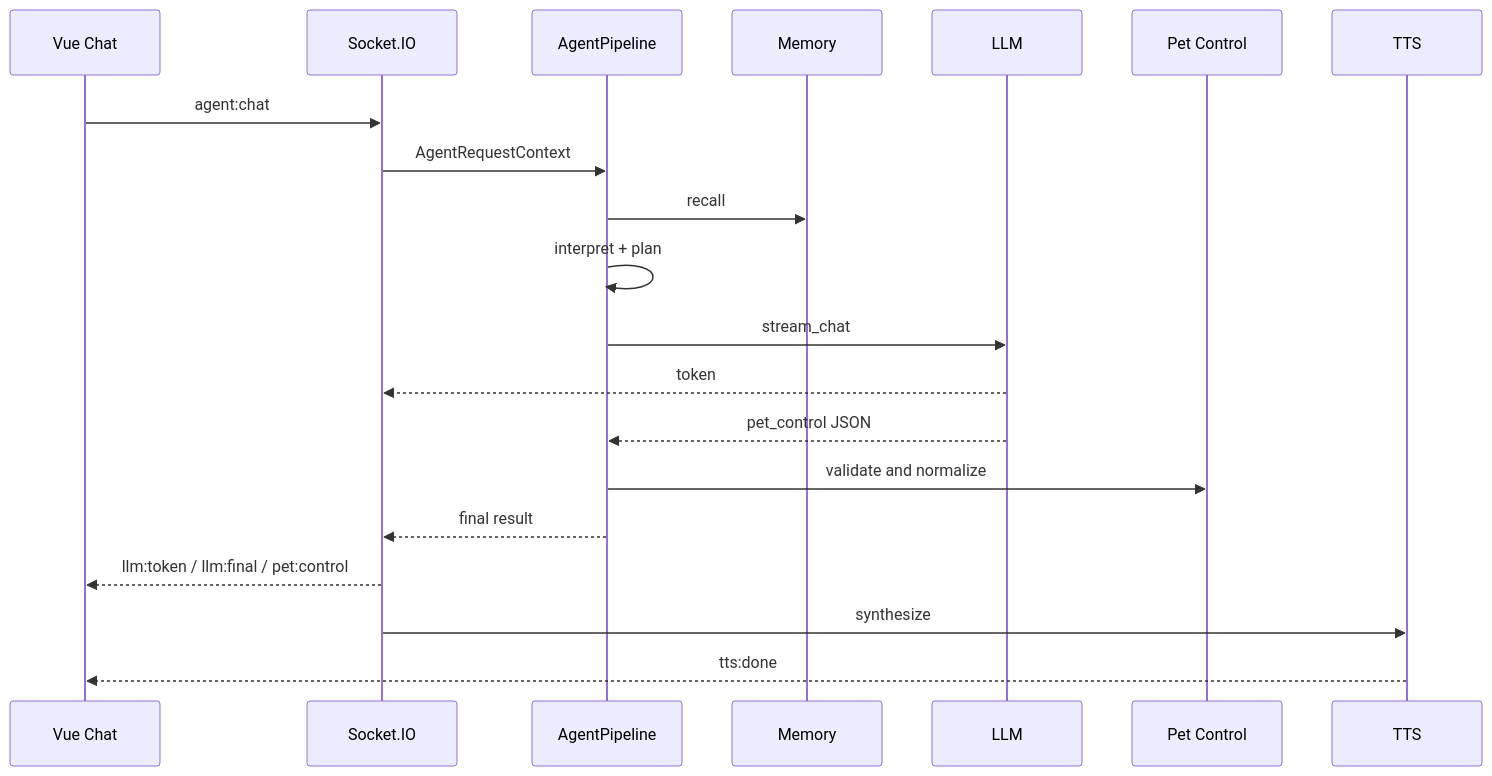
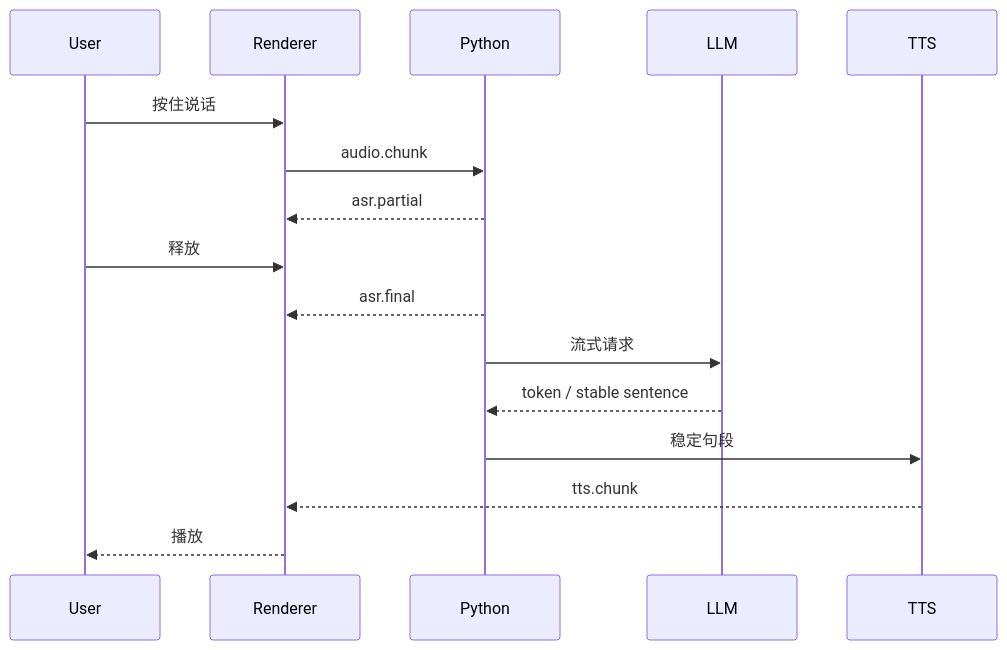
Before and after one commit to Rivulet138/yuizaki: the second of 2 diagrams in ARCHITECTURE.md, drawn with Mermaid. The commit also changed other lines of this file and 32 other files, not shown here.

````diff
--- a/ARCHITECTURE.md
+++ b/ARCHITECTURE.md
@@ -109,23 +54,18 @@
 ```mermaid
 sequenceDiagram
-  participant UI as Vue Chat
-  participant S as Socket.IO
-  participant A as AgentPipeline
-  participant M as Memory
-  participant L as LLM
-  participant P as Pet Control
+  participant U as User
+  participant R as Renderer
+  participant P as Python
+  participant M as LLM
   participant T as TTS
-
-  UI->>S: agent:chat
-  S->>A: AgentRequestContext
-  A->>M: recall
-  A->>A: interpret + plan
-  A->>L: stream_chat
-  L-->>S: token
-  L-->>A: pet_control JSON
-  A->>P: validate and normalize
-  A-->>S: final result
-  S-->>UI: llm:token / llm:final / pet:control
-  S->>T: synthesize
-  T-->>UI: tts:done
+  U->>R: 按住说话
+  R->>P: audio.chunk
+  P-->>R: asr.partial
+  U->>R: 释放
+  P-->>R: asr.final
+  P->>M: 流式请求
+  M-->>P: token / stable sentence
+  P->>T: 稳定句段
+  T-->>R: tts.chunk
+  R-->>U: 播放
 ```
````
